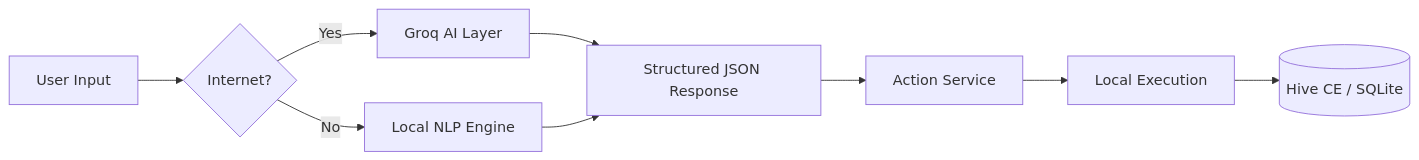
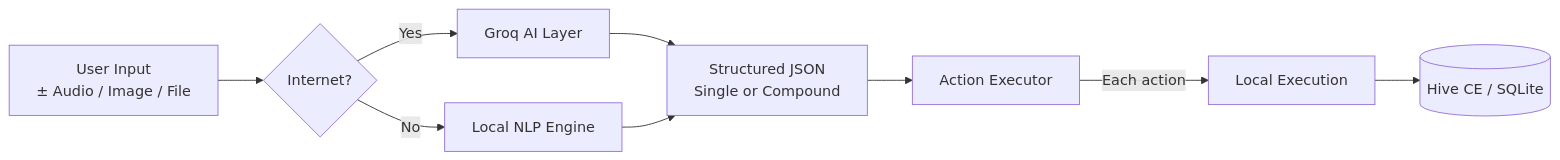
The first of 2 diagrams in README.md (devabynk/PulseAssist-Personal-Smart-Assistant), drawn with Mermaid before and after one commit. The commit also changed other lines of this file and 28 other files, not shown here.

````diff
--- a/README.md
+++ b/README.md
@@ -105,11 +120,11 @@
 ```mermaid
 flowchart LR
-    A[User Input] --> B{Internet?}
+    A[User Input\n± Audio / Image / File] --> B{Internet?}
     B -->|Yes| C[Groq AI Layer]
     B -->|No| D[Local NLP Engine]
-    C --> E[Structured JSON Response]
+    C --> E[Structured JSON\nSingle or Compound]
     D --> E
-    E --> F[Action Service]
-    F --> G[Local Execution]
+    E --> F[Action Executor]
+    F -->|Each action| G[Local Execution]
     G --> H[(Hive CE / SQLite)]
 ```
````
